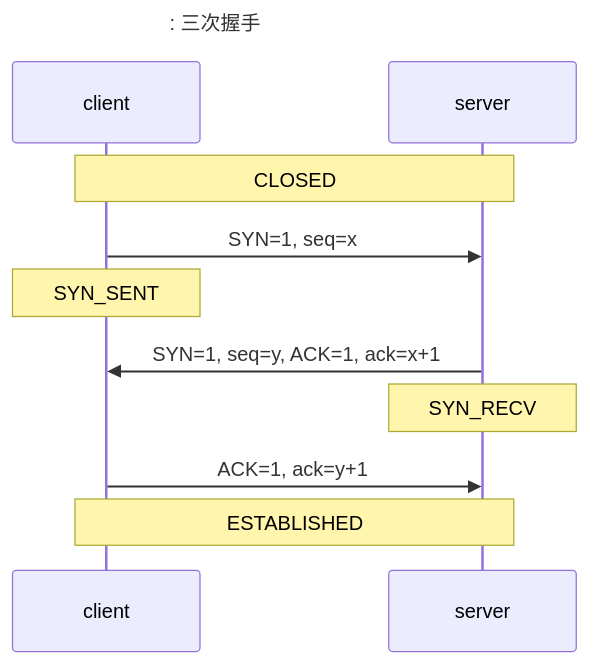
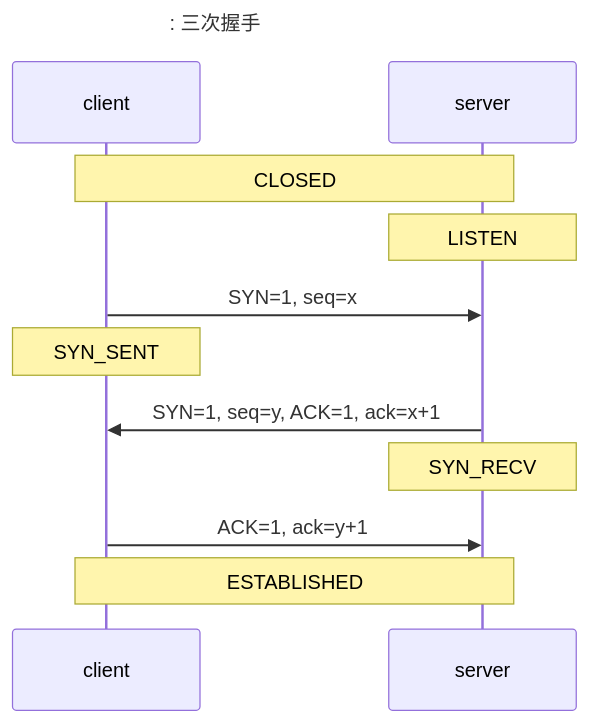
Before and after one commit to apihte/site: the first of 2 diagrams in topics/thinking/快速问答/网络相关.md, drawn with Mermaid. The commit also changed other lines of this file and 7 other files, not shown here.

````diff
--- a/topics/thinking/快速问答/网络相关.md
+++ b/topics/thinking/快速问答/网络相关.md
@@ -15,11 +15,12 @@
 ```mermaid
 sequenceDiagram
 title : 三次握手
 	note over client, server : CLOSED
+    note over server : LISTEN
     client ->> server : SYN=1, seq=x
     note over client : SYN_SENT
     server ->> client : SYN=1, seq=y, ACK=1, ack=x+1
     note over server : SYN_RECV
     client ->> server : ACK=1, ack=y+1
     note over client, server : ESTABLISHED
 ```
````
